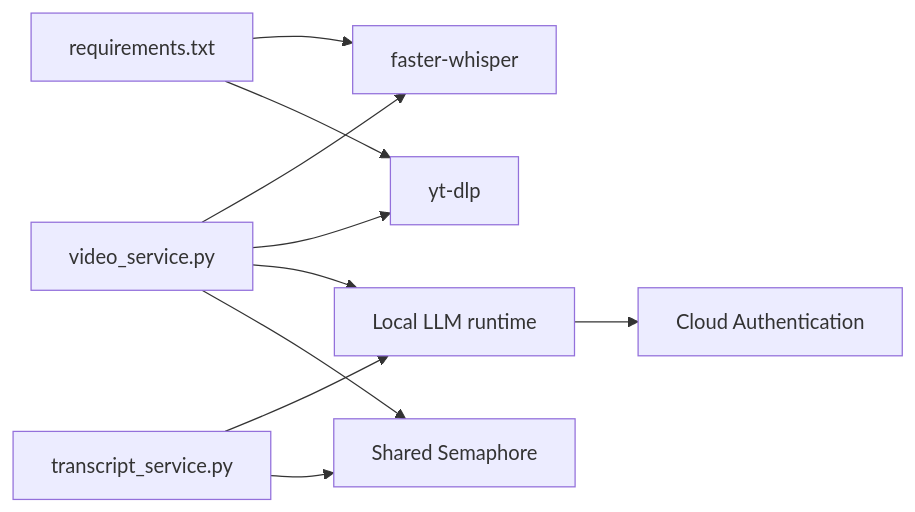
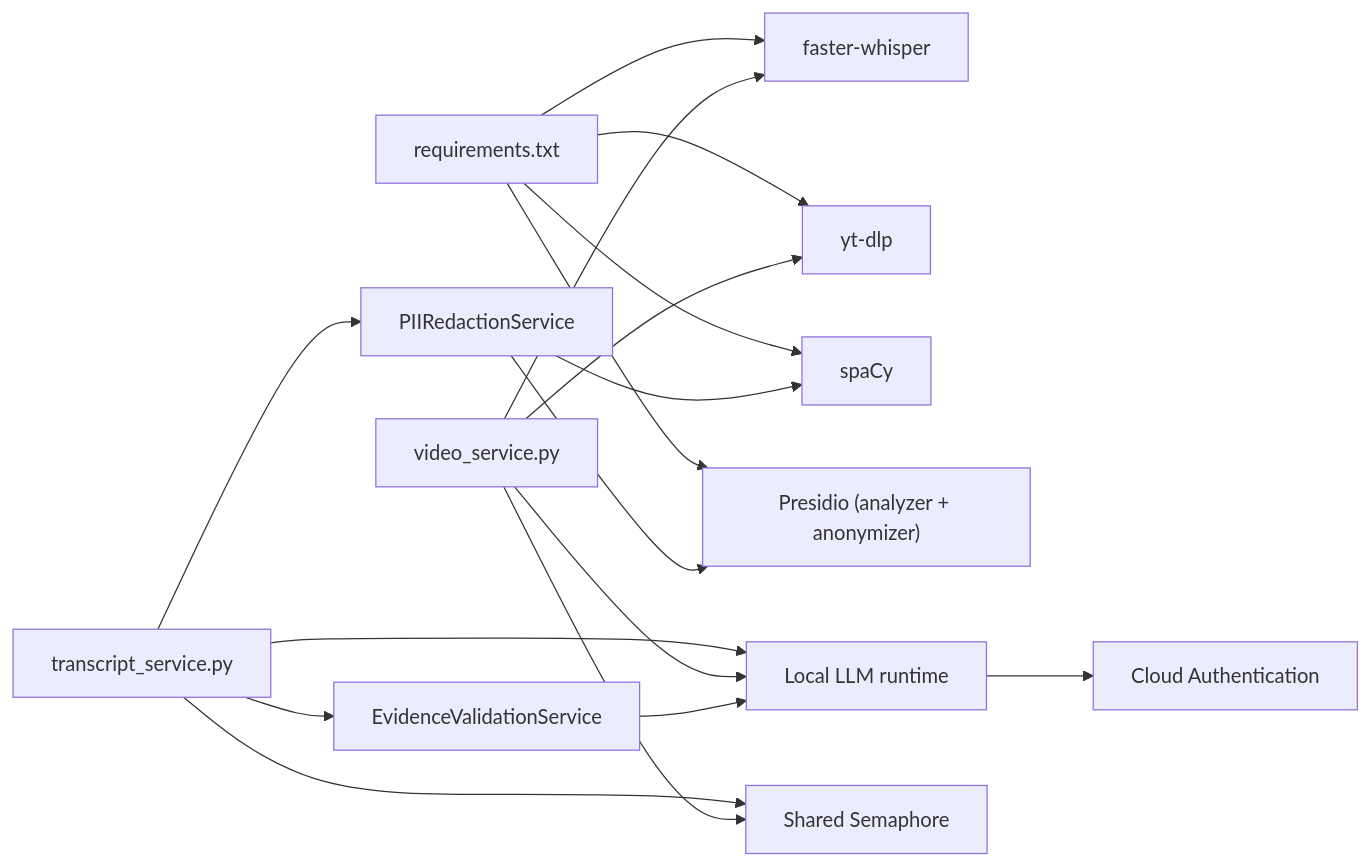
Diagram 11 of 11 in .qoder/repowiki/en/content/Video Analysis/Transcript Generation.md (Revanththetalogics/aireume), drawn with Mermaid before and after one commit. The commit also changed other lines of this file and 20 other files, not shown here.

````diff
--- a/.qoder/repowiki/en/content/Video Analysis/Transcript Generation.md
+++ b/.qoder/repowiki/en/content/Video Analysis/Transcript Generation.md
@@ -429,12 +578,19 @@
 ```mermaid
 graph LR
 REQ["requirements.txt"] --> FW["faster-whisper"]
 REQ --> YTDLP["yt-dlp"]
+REQ --> SPACY["spaCy"]
+REQ --> PRESIDIO["Presidio (analyzer + anonymizer)"]
 VS["video_service.py"] --> FW
 VS --> YTDLP
 TS["transcript_service.py"] --> LLM["Local LLM runtime"]
 TS --> SEM["Shared Semaphore"]
+TS --> PII["PIIRedactionService"]
+TS --> EVS["EvidenceValidationService"]
 VS --> LLM
 VS --> SEM
 LLM --> AUTH["Cloud Authentication"]
+PII --> PRESIDIO
+PII --> SPACY
+EVS --> LLM
 ```
````
